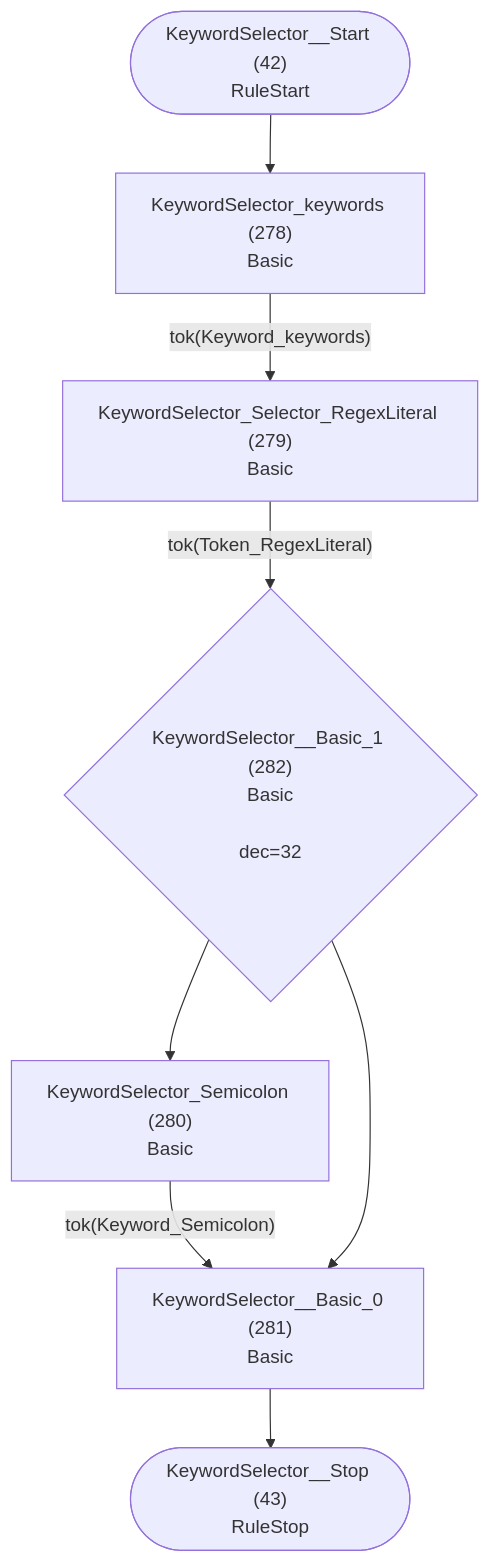
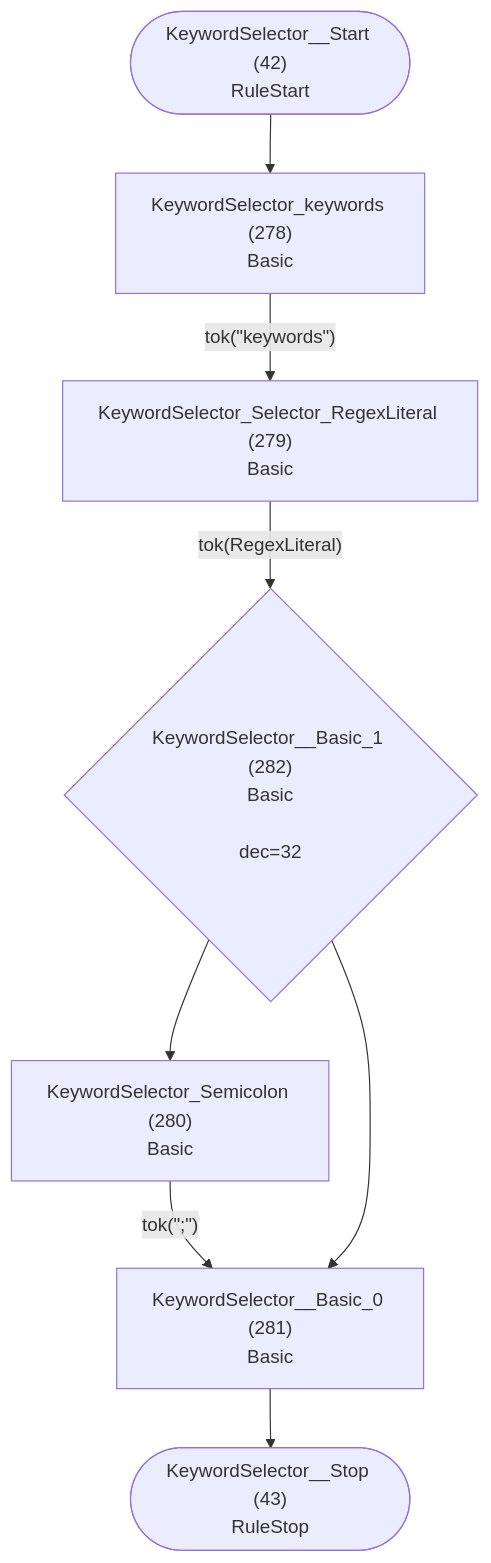
One commit to TypeFox/fastbelt changed diagram 22 of 37 in internal/grammar/atn.md. Above: the diagram before and after it, drawn with Mermaid. The commit also changed other lines of this file and 3 other files, not shown here.

````diff
--- a/internal/grammar/atn.md
+++ b/internal/grammar/atn.md
@@ -667,18 +667,18 @@
 ```mermaid
 flowchart TD
     q42(["KeywordSelector__Start (42)<br/>RuleStart"])
     q43(["KeywordSelector__Stop (43)<br/>RuleStop"])
     q278["KeywordSelector_keywords (278)<br/>Basic<br/>"]
     q279["KeywordSelector_Selector_RegexLiteral (279)<br/>Basic<br/>"]
     q280["KeywordSelector_Semicolon (280)<br/>Basic<br/>"]
     q281["KeywordSelector__Basic_0 (281)<br/>Basic<br/>"]
     q282{"KeywordSelector__Basic_1 (282)<br/>Basic<br/><br/>dec=32"}
 
     q42 --> q278
-    q278 -->|"tok(Keyword_keywords)"| q279
-    q279 -->|"tok(Token_RegexLiteral)"| q282
-    q280 -->|"tok(Keyword_Semicolon)"| q281
+    q278 -->|"tok(&quot;keywords&quot;)"| q279
+    q279 -->|"tok(RegexLiteral)"| q282
+    q280 -->|"tok(&quot;;&quot;)"| q281
     q281 --> q43
     q282 --> q280
     q282 --> q281
 ```
````
